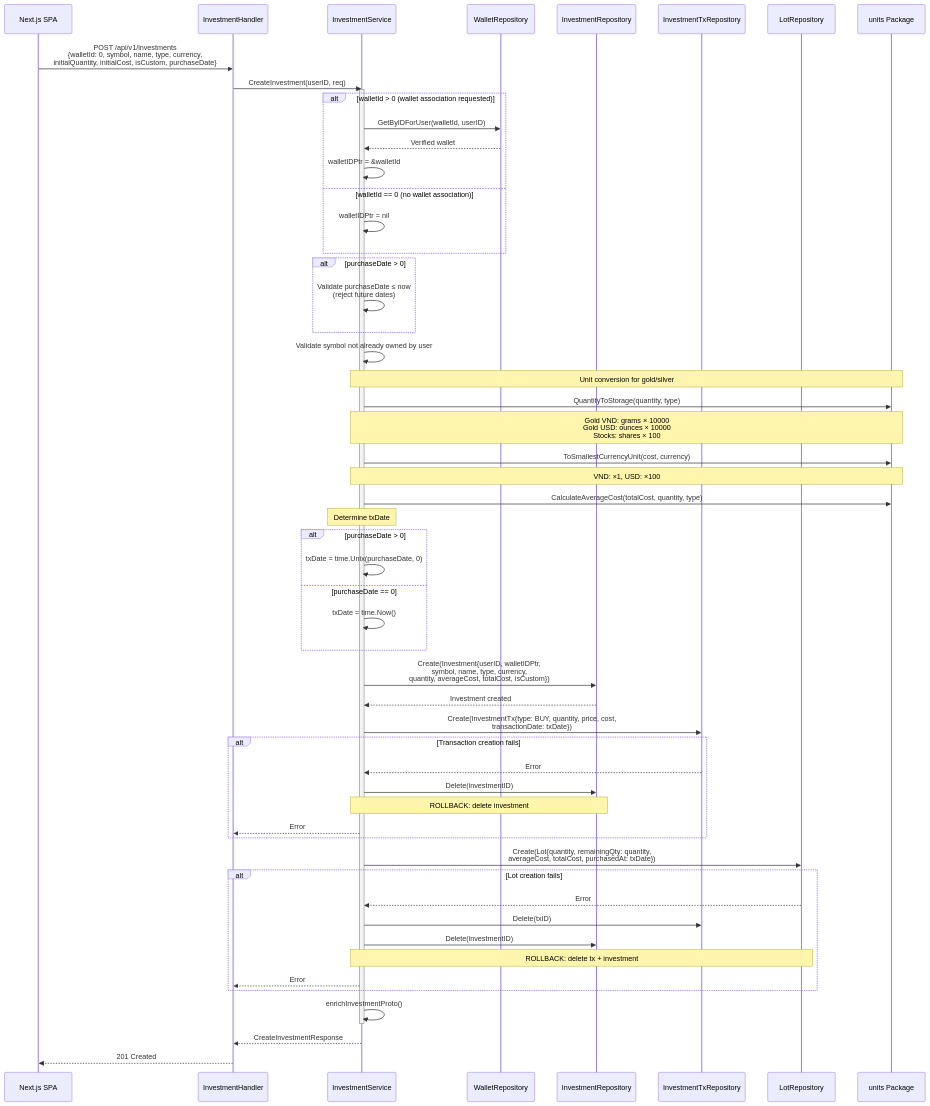
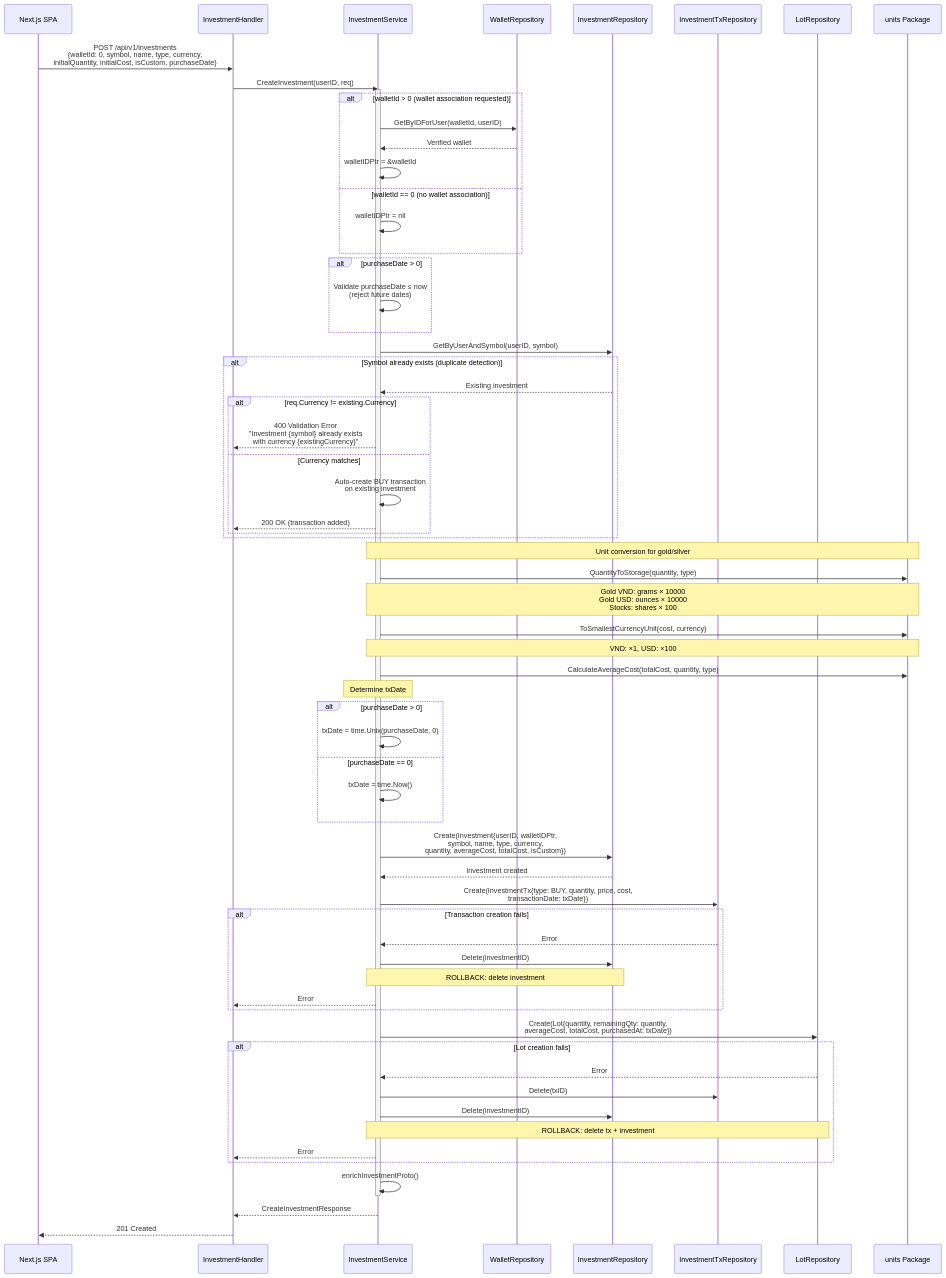
Before and after one commit to khanhnq1406/wealth-journey: the first of 8 diagrams in docs/architecture/flow-investment.md, drawn with Mermaid. The commit also changed other lines of this file and 1 other file, not shown here.

Commit message:
docs(architecture): add currency validation to investment creation flow
Update flow-investment.md with currency mismatch decision node in the
duplicate detection path. Update error paths table with both mismatch
(400) and match (auto-BUY transaction) outcomes.

````diff
--- a/docs/architecture/flow-investment.md
+++ b/docs/architecture/flow-investment.md
@@ -22,71 +22,80 @@
 ```mermaid
 sequenceDiagram
     participant SPA as Next.js SPA
     participant H as InvestmentHandler
     participant IS as InvestmentService
     participant WR as WalletRepository
     participant IR as InvestmentRepository
     participant ITR as InvestmentTxRepository
     participant LR as LotRepository
     participant Units as units Package
 
     SPA->>H: POST /api/v1/investments<br/>{walletId: 0, symbol, name, type, currency,<br/>initialQuantity, initialCost, isCustom, purchaseDate}
     H->>IS: CreateInvestment(userID, req)
 
     activate IS
 
     alt walletId > 0 (wallet association requested)
         IS->>WR: GetByIDForUser(walletId, userID)
         WR-->>IS: Verified wallet
         IS->>IS: walletIDPtr = &walletId
     else walletId == 0 (no wallet association)
         IS->>IS: walletIDPtr = nil
     end
 
     alt purchaseDate > 0
         IS->>IS: Validate purchaseDate ≤ now<br/>(reject future dates)
     end
 
-    IS->>IS: Validate symbol not already owned by user
+    IS->>IR: GetByUserAndSymbol(userID, symbol)
+    alt Symbol already exists (duplicate detection)
+        IR-->>IS: Existing investment
+        alt req.Currency != existing.Currency
+            IS-->>H: 400 Validation Error<br/>"Investment {symbol} already exists<br/>with currency {existingCurrency}"
+        else Currency matches
+            IS->>IS: Auto-create BUY transaction<br/>on existing investment
+            IS-->>H: 200 OK (transaction added)
+        end
+    end
 
     Note over IS,Units: Unit conversion for gold/silver
     IS->>Units: QuantityToStorage(quantity, type)
     Note over IS,Units: Gold VND: grams × 10000<br/>Gold USD: ounces × 10000<br/>Stocks: shares × 100
     IS->>Units: ToSmallestCurrencyUnit(cost, currency)
     Note over IS,Units: VND: ×1, USD: ×100
 
     IS->>Units: CalculateAverageCost(totalCost, quantity, type)
 
     Note over IS: Determine txDate
     alt purchaseDate > 0
         IS->>IS: txDate = time.Unix(purchaseDate, 0)
     else purchaseDate == 0
         IS->>IS: txDate = time.Now()
     end
 
     IS->>IR: Create(Investment{userID, walletIDPtr,<br/>symbol, name, type, currency,<br/>quantity, averageCost, totalCost, isCustom})
     IR-->>IS: Investment created
 
     IS->>ITR: Create(InvestmentTx{type: BUY, quantity, price, cost,<br/>transactionDate: txDate})
     alt Transaction creation fails
         ITR-->>IS: Error
         IS->>IR: Delete(investmentID)
         Note over IS,IR: ROLLBACK: delete investment
         IS-->>H: Error
     end
 
     IS->>LR: Create(Lot{quantity, remainingQty: quantity,<br/>averageCost, totalCost, purchasedAt: txDate})
     alt Lot creation fails
         LR-->>IS: Error
         IS->>ITR: Delete(txID)
         IS->>IR: Delete(investmentID)
         Note over IS,LR: ROLLBACK: delete tx + investment
         IS-->>H: Error
     end
 
     IS->>IS: enrichInvestmentProto()
     deactivate IS
 
     IS-->>H: CreateInvestmentResponse
     H-->>SPA: 201 Created
 ```
````
